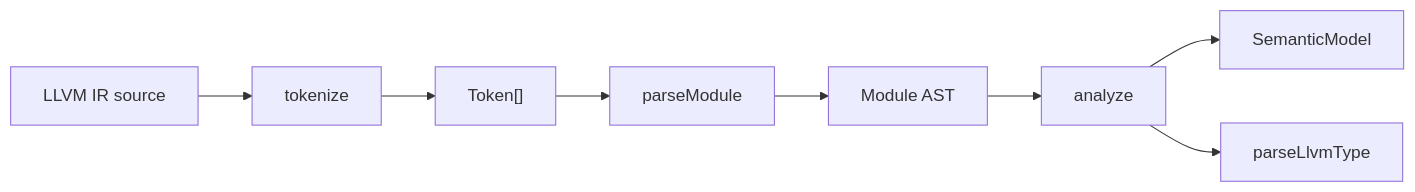
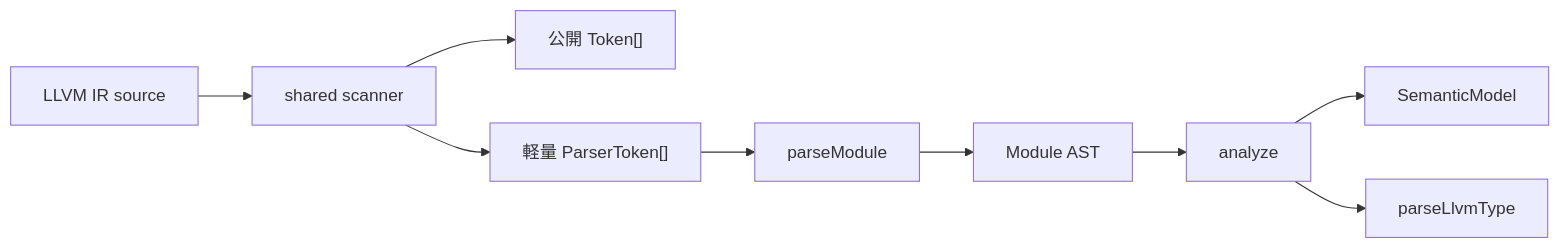
Before and after one commit to r4ai/llvm-analyzer: the diagram in docs/analysis-flow.md, drawn with Mermaid. The commit also changed other lines of this file and 22 other files, not shown here.

````diff
--- a/docs/analysis-flow.md
+++ b/docs/analysis-flow.md
@@ -9,14 +9,17 @@
 ```mermaid
 flowchart LR
   Source["LLVM IR source"]
-  Lexer["tokenize"]
-  Tokens["Token[]"]
+  Lexer["shared scanner"]
+  PublicTokens["公開 Token[]"]
+  ParserTokens["軽量 ParserToken[]"]
   Parser["parseModule"]
   Ast["Module AST"]
   Analyzer["analyze"]
   Model["SemanticModel"]
   TypeParser["parseLlvmType"]
 
-  Source --> Lexer --> Tokens --> Parser --> Ast --> Analyzer --> Model
+  Source --> Lexer
+  Lexer --> PublicTokens
+  Lexer --> ParserTokens --> Parser --> Ast --> Analyzer --> Model
   Analyzer --> TypeParser
 ```
````
